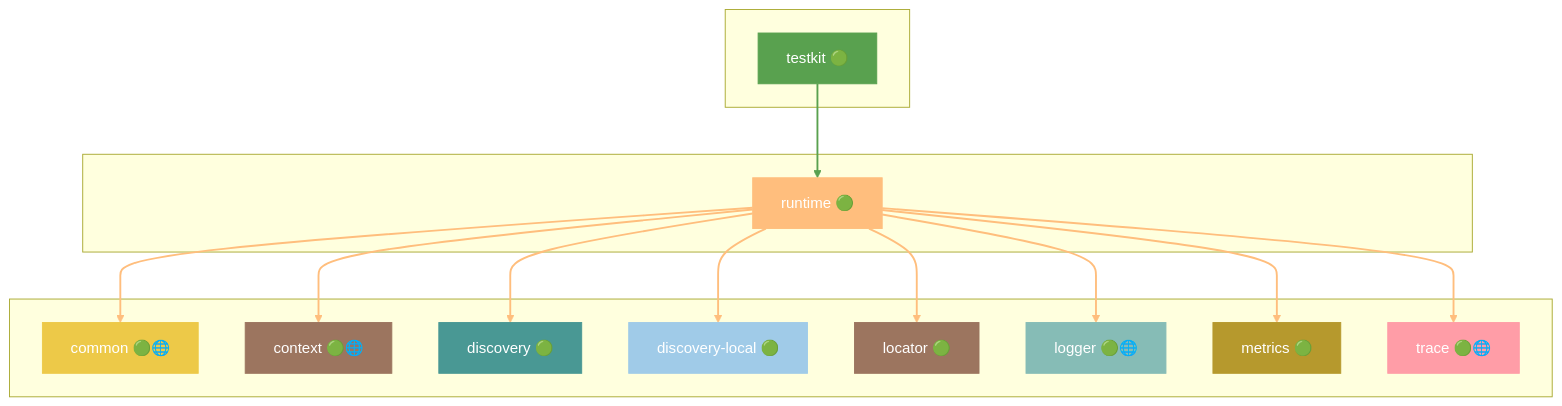
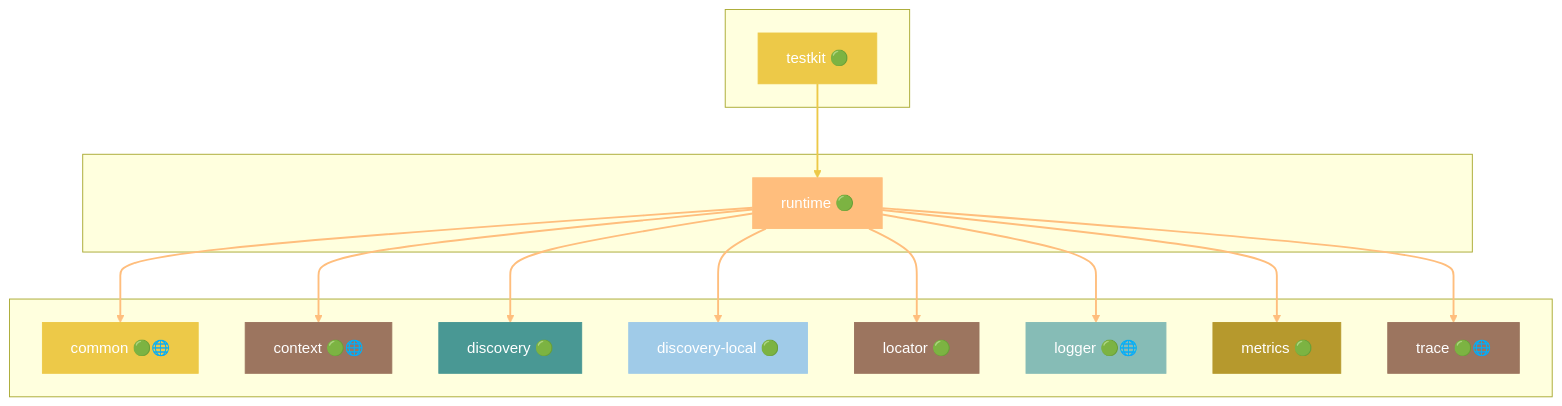
One commit to grest-ts/grest-ts changed diagram 36 of 48 in docs/DEPENDENCIES.md. Above: the diagram before and after it, drawn with Mermaid. The commit also changed other lines of this file and 21 other files, not shown here.

````diff
--- a/docs/DEPENDENCIES.md
+++ b/docs/DEPENDENCIES.md
@@ -1809,47 +1831,47 @@
 ```mermaid
 flowchart TB
     subgraph Dependents[" "]
         testkit["testkit 🟢"]
     end
     subgraph Package[" "]
         runtime["runtime 🟢"]
     end
     subgraph Dependencies[" "]
         common["common 🟢🌐"]
         context["context 🟢🌐"]
         discovery["discovery 🟢"]
         discovery-local["discovery-local 🟢"]
         locator["locator 🟢"]
         logger["logger 🟢🌐"]
         metrics["metrics 🟢"]
         trace["trace 🟢🌐"]
     end
     testkit --> runtime
     runtime --> common
     runtime --> context
     runtime --> discovery
     runtime --> discovery-local
     runtime --> locator
     runtime --> logger
     runtime --> metrics
     runtime --> trace
     style runtime fill:#FFBE7D,stroke:#FFBE7D,color:#fff
-    style testkit fill:#59A14F,stroke:#59A14F,color:#fff
+    style testkit fill:#EDC948,stroke:#EDC948,color:#fff
     style common fill:#EDC948,stroke:#EDC948,color:#fff
     style context fill:#9C755F,stroke:#9C755F,color:#fff
     style discovery fill:#499894,stroke:#499894,color:#fff
     style discovery-local fill:#A0CBE8,stroke:#A0CBE8,color:#fff
     style locator fill:#9C755F,stroke:#9C755F,color:#fff
     style logger fill:#86BCB6,stroke:#86BCB6,color:#fff
     style metrics fill:#B6992D,stroke:#B6992D,color:#fff
-    style trace fill:#FF9DA7,stroke:#FF9DA7,color:#fff
-    linkStyle 0 stroke:#59A14F,stroke-width:2px
+    style trace fill:#9C755F,stroke:#9C755F,color:#fff
+    linkStyle 0 stroke:#EDC948,stroke-width:2px
     linkStyle 1 stroke:#FFBE7D,stroke-width:2px
     linkStyle 2 stroke:#FFBE7D,stroke-width:2px
     linkStyle 3 stroke:#FFBE7D,stroke-width:2px
     linkStyle 4 stroke:#FFBE7D,stroke-width:2px
     linkStyle 5 stroke:#FFBE7D,stroke-width:2px
     linkStyle 6 stroke:#FFBE7D,stroke-width:2px
     linkStyle 7 stroke:#FFBE7D,stroke-width:2px
     linkStyle 8 stroke:#FFBE7D,stroke-width:2px
 ```
````
